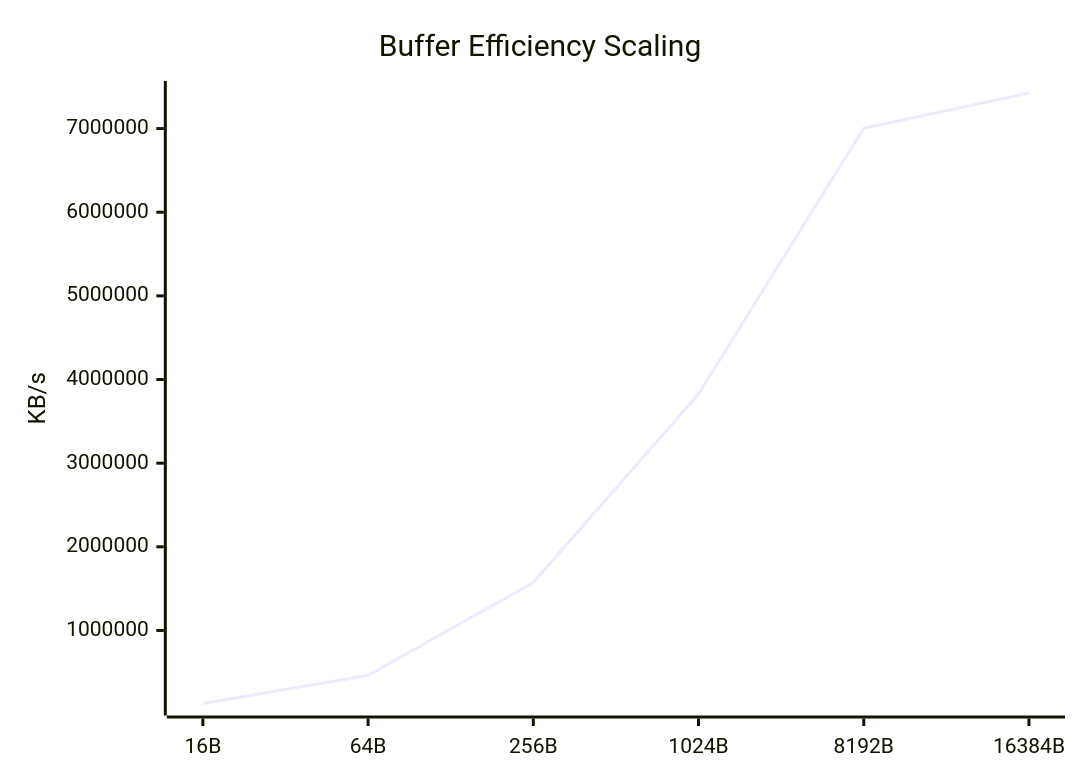
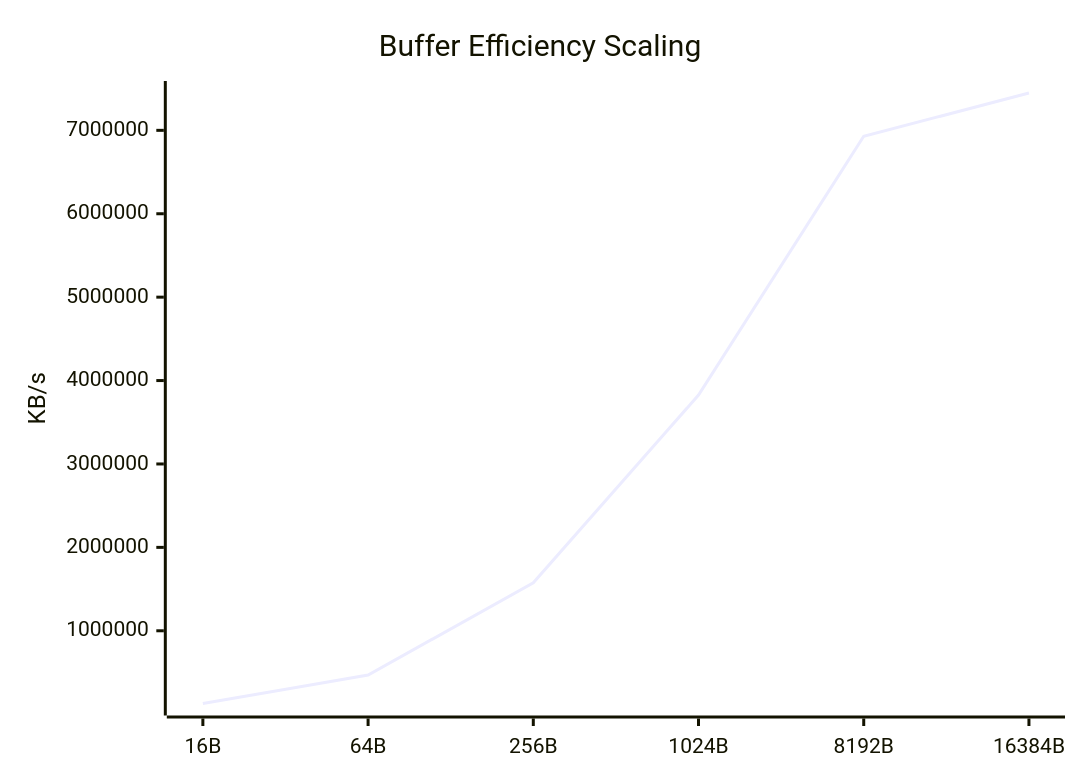
One commit to taha2samy/openssl_fips changed the fifth of 9 diagrams in docs/Comparison_Report.md. Above: the diagram before and after it, drawn with Mermaid. The commit also changed other lines of this file and 3 other files, not shown here.

````diff
--- a/docs/Comparison_Report.md
+++ b/docs/Comparison_Report.md
@@ -94,7 +94,7 @@
 ```mermaid
 xychart-beta
     title "Buffer Efficiency Scaling"
     x-axis [16B, 64B, 256B, 1024B, 8192B, 16384B]
     y-axis "KB/s"
-    line [126698.58, 463266.34, 1573192.83, 3825953.79, 7002611.71, 7425368.06]
+    line [128141.67, 468806.46, 1576041.09, 3826379.78, 6928474.11, 7447707.65]
 ```
````
